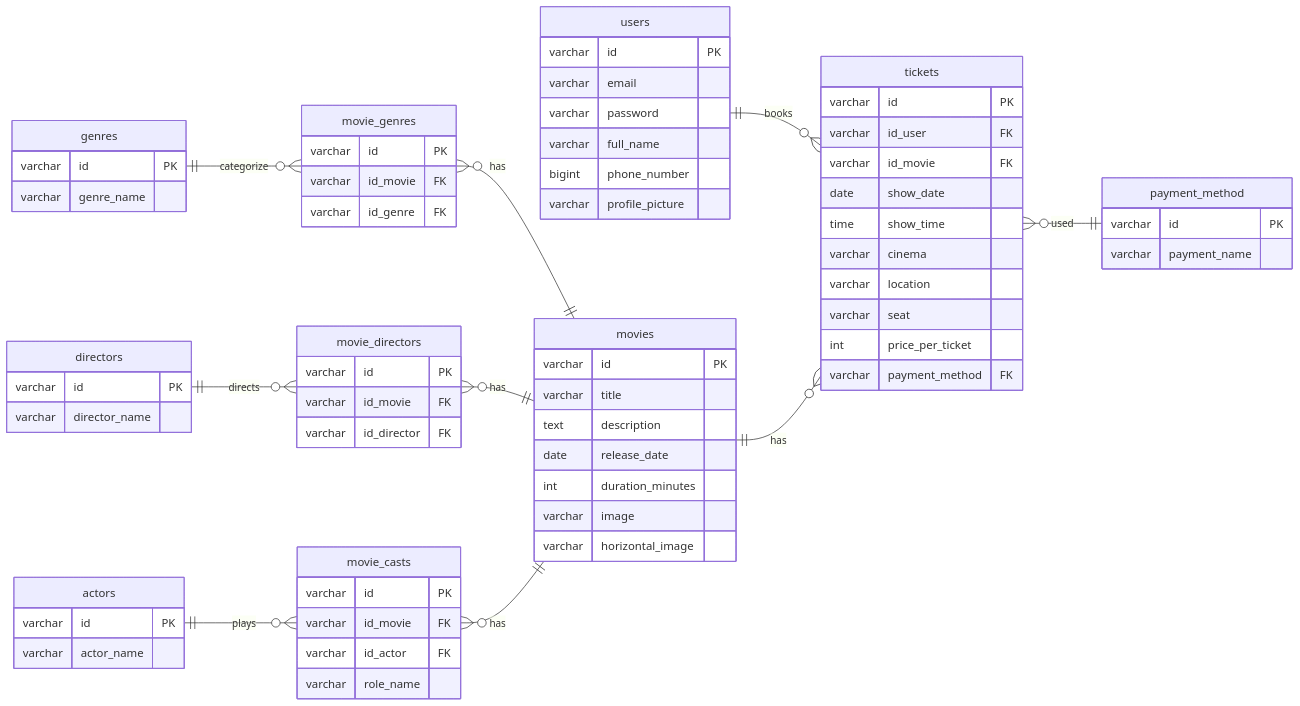
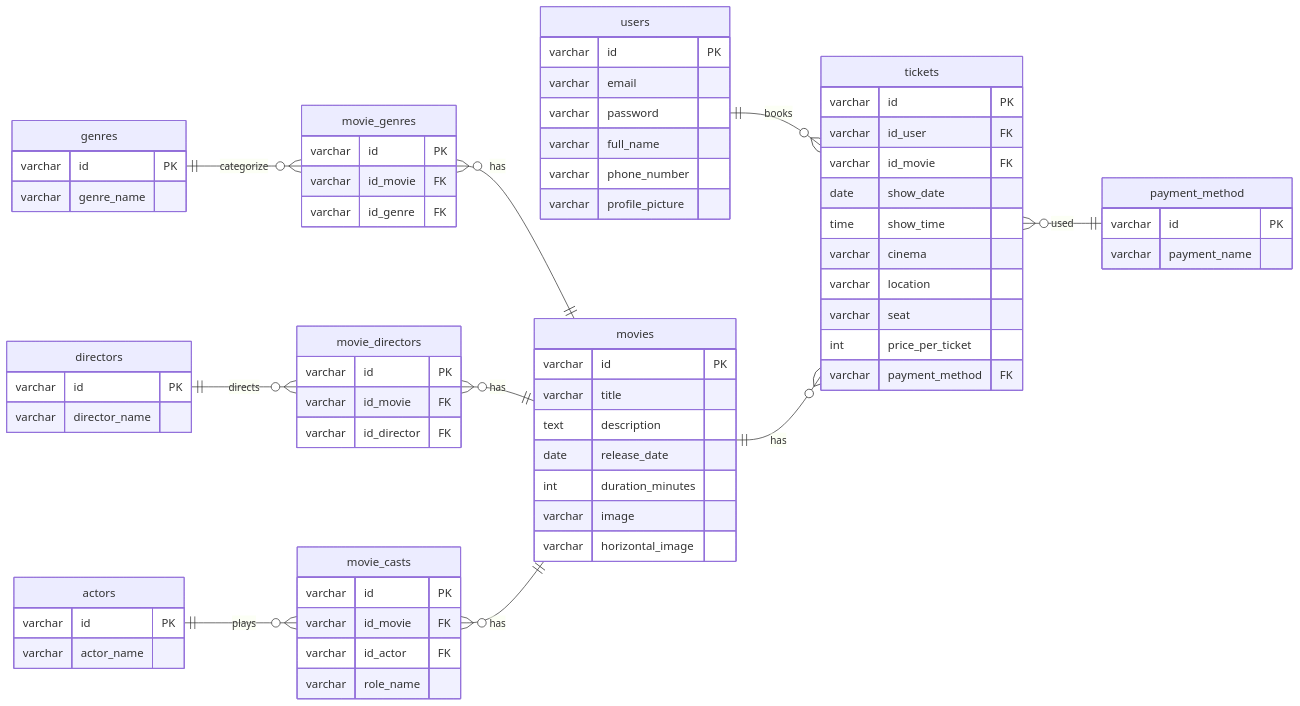
The diagram in README.md (ranandasatria/fgo24-be-tickitz), drawn with Mermaid before and after one commit. The commit also changed 2 other files, not shown here.

Commit message:
refactor: add role column on users table

```diff
--- a/README.md
+++ b/README.md
@@ -21,7 +21,7 @@
   varchar email
   varchar password
   varchar full_name
-  bigint phone_number
+  varchar phone_number
   varchar profile_picture
 }
 
```
